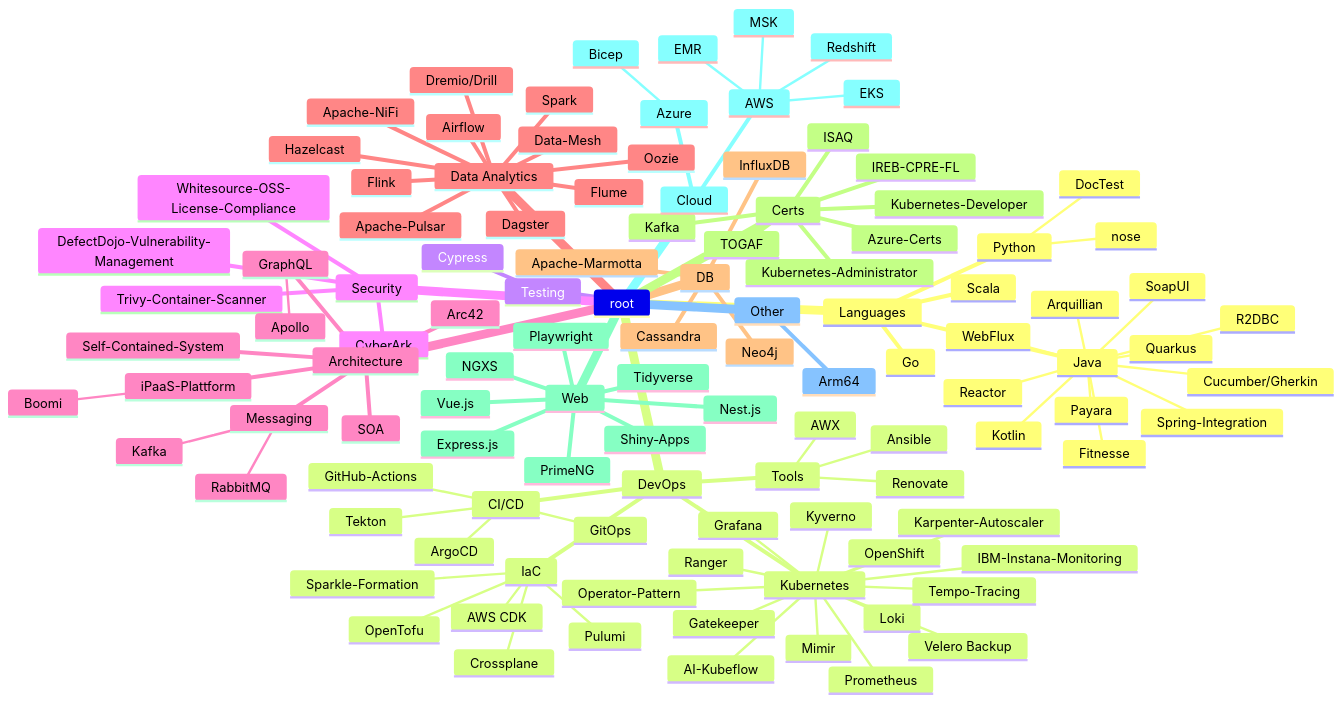
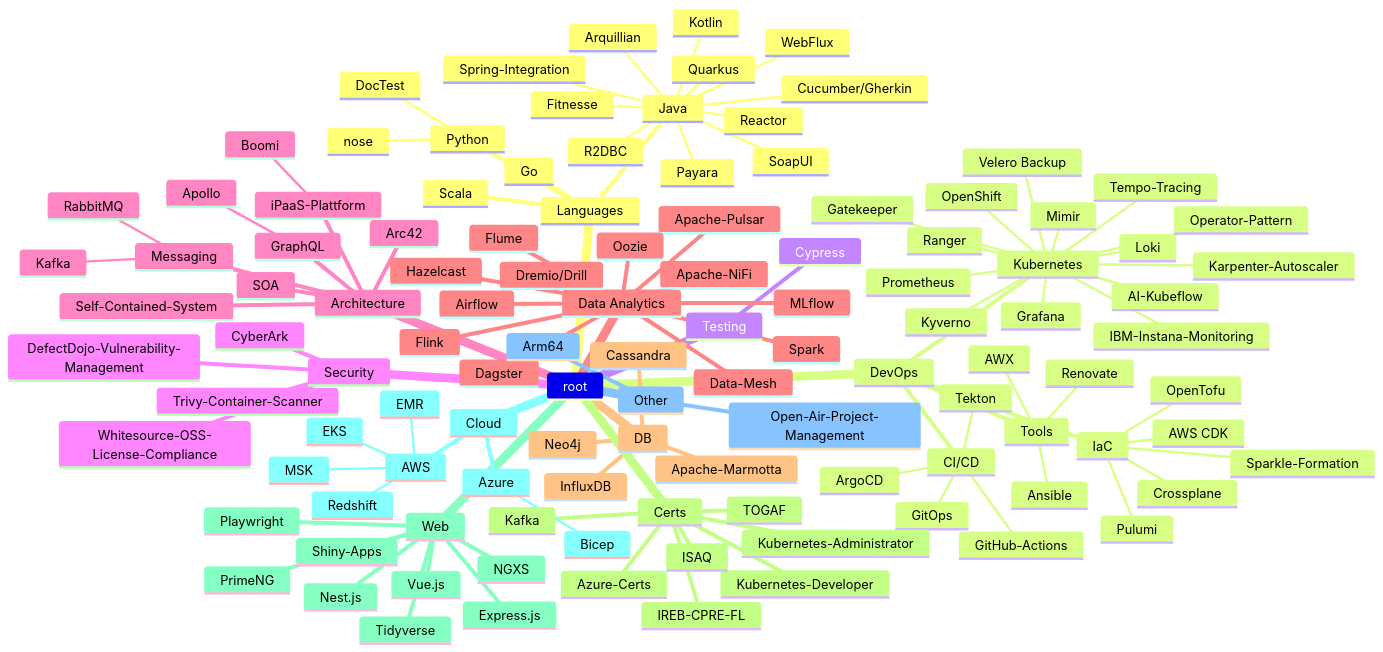
One commit to thinkaboutcode/knowledge-base changed the diagram in trends_cheatsheet.md. Above: the diagram before and after it, drawn with Mermaid.

Commit message:
modified cheatsheet trends

````diff
--- a/trends_cheatsheet.md
+++ b/trends_cheatsheet.md
@@ -82,6 +82,8 @@
       Oozie
       Flume
       Data-Mesh
+      MLflow
+      
     DB
       InfluxDB
       Neo4j
@@ -114,4 +116,5 @@
         Bicep
     Other
       Arm64
+      Open-Air-Project-Management
 ```
````
